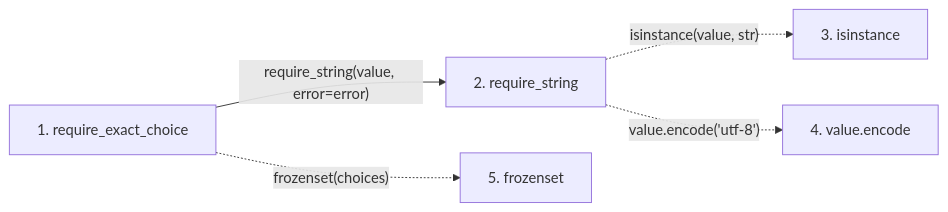
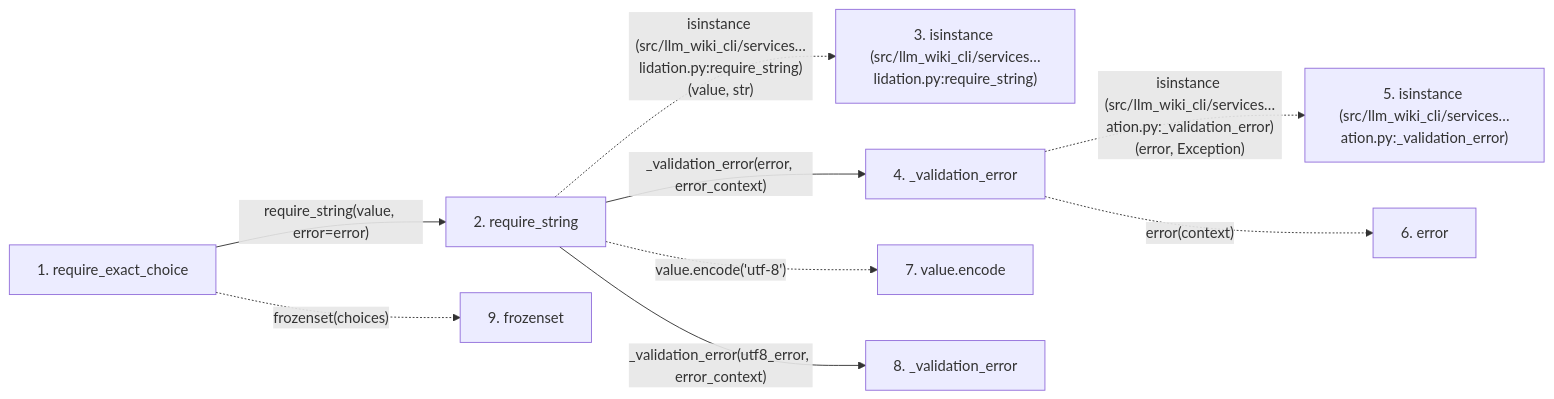
Before and after one commit to Denissvgn/python-wiki-llm: the second of 2 diagrams in docs/llm_wiki/flows/api-require_exact_choice.md, drawn with Mermaid. The commit also changed other lines of this file and 627 other files, not shown here.

````diff
--- a/docs/llm_wiki/flows/api-require_exact_choice.md
+++ b/docs/llm_wiki/flows/api-require_exact_choice.md
@@ -42,14 +49,24 @@
 ```mermaid
 flowchart LR
     s1["1. require_exact_choice"]
     s2["2. require_string"]
-    s3["3. isinstance"]
-    s4["4. value.encode"]
-    s5["5. frozenset"]
+    s3["3. isinstance (src/llm_wiki_cli/services…lidation.py:require_string)"]
+    s4["4. _validation_error"]
+    s5["5. isinstance (src/llm_wiki_cli/services…ation.py:_validation_error)"]
+    s6["6. error"]
+    s7["7. value.encode"]
+    s8["8. _validation_error"]
+    s9["9. frozenset"]
     s1 -->|"require_string(value, error=error)"| s2
-    s2 -. "isinstance(value, str)" .-> s3
-    s2 -. "value.encode('utf-8')" .-> s4
-    s1 -. "frozenset(choices)" .-> s5
+    s2 -. "isinstance (src/llm_wiki_cli/services…lidation.py:require_string)(value, str)" .-> s3
+    s2 -->|"_validation_error(error, error_context)"| s4
+    s4 -. "isinstance (src/llm_wiki_cli/services…ation.py:_validation_error)(error, Exception)" .-> s5
+    s4 -. "error(context)" .-> s6
+    s2 -. "value.encode('utf-8')" .-> s7
+    s2 -->|"_validation_error(utf8_error, error_context)"| s8
+    s1 -. "frozenset(choices)" .-> s9
     click s1 "../modules/validation.md"
     click s2 "../modules/validation.md"
+    click s4 "../modules/validation.md"
+    click s8 "../modules/validation.md"
 ```
````
